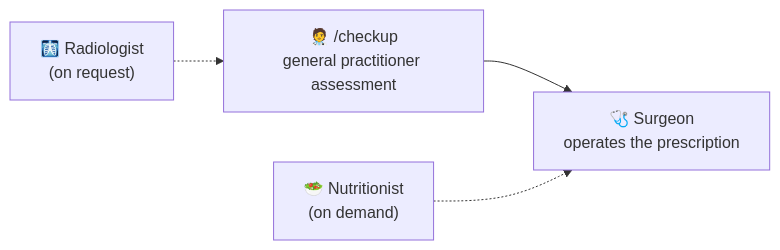
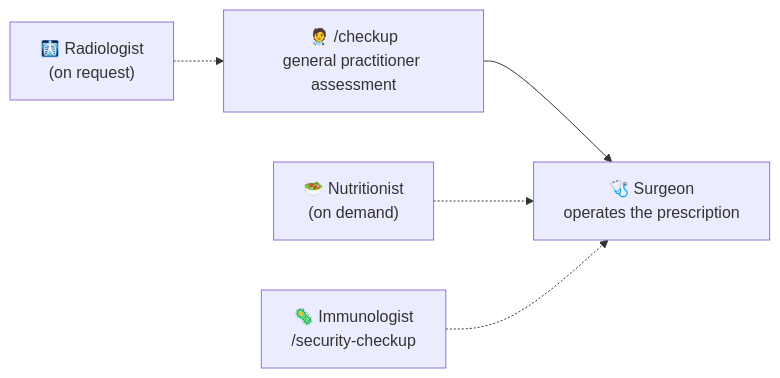
One commit to alexandrerodenas/la-clinique-du-code changed the diagram in README.md. Above: the diagram before and after it, drawn with Mermaid. The commit also changed other lines of this file and 22 other files, not shown here.

First line of the commit message:
Add the Immunologist, the Clinic's security practitioner

````diff
--- a/README.md
+++ b/README.md
@@ -62,6 +63,7 @@
 ```mermaid
 flowchart LR
 R["🩻 Radiologist<br/>(on request)"] -.-> C["🧑‍⚕️ /checkup<br/>general practitioner assessment"]
 C --> S["🩺 Surgeon<br/>operates the prescription"]
 N["🥗 Nutritionist<br/>(on demand)"] -.-> S
+I["🦠 Immunologist<br/>/security-checkup"] -.-> S
 ```
````
